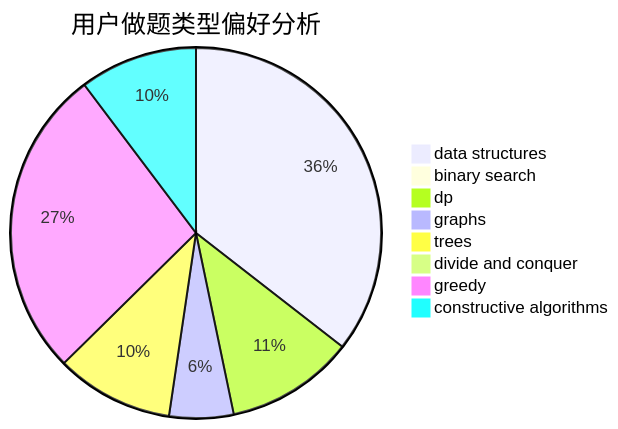
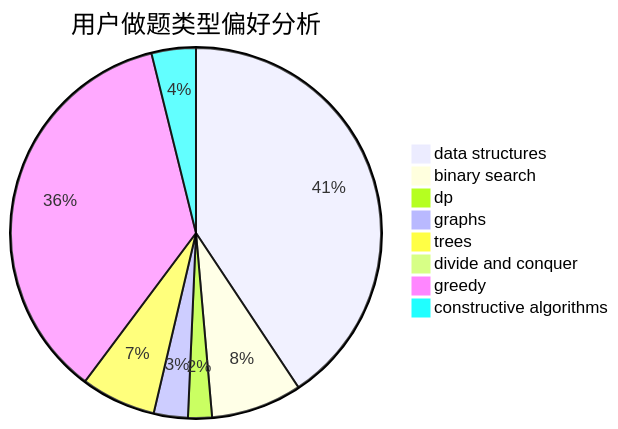
The second of 3 diagrams in docs/user/u1257.md (sherpahu/cfrs.github.io), drawn with Mermaid before and after one commit. The commit also changed other lines of this file and 2770 other files, not shown here.

````diff
--- a/docs/user/u1257.md
+++ b/docs/user/u1257.md
@@ -23,11 +23,11 @@
 ```mermaid
 pie title 用户做题类型偏好分析
-    "data structures" :  38
-    "binary search" :  0
-    "dp" :  12
-    "graphs" :  6
-    "trees" :  11
+    "data structures" :  410
+    "binary search" :  80
+    "dp" :  21
+    "graphs" :  30
+    "trees" :  66
     "divide and conquer" :  0
-    "greedy" :  29
-    "constructive algorithms" :  11
+    "greedy" :  362
+    "constructive algorithms" :  39
 ```
````
